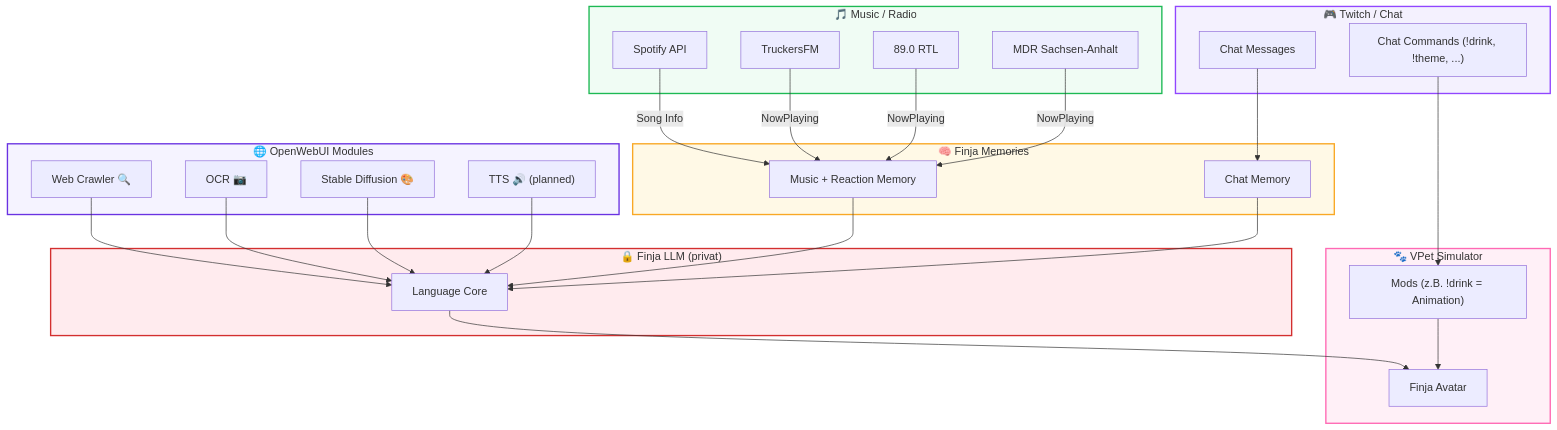
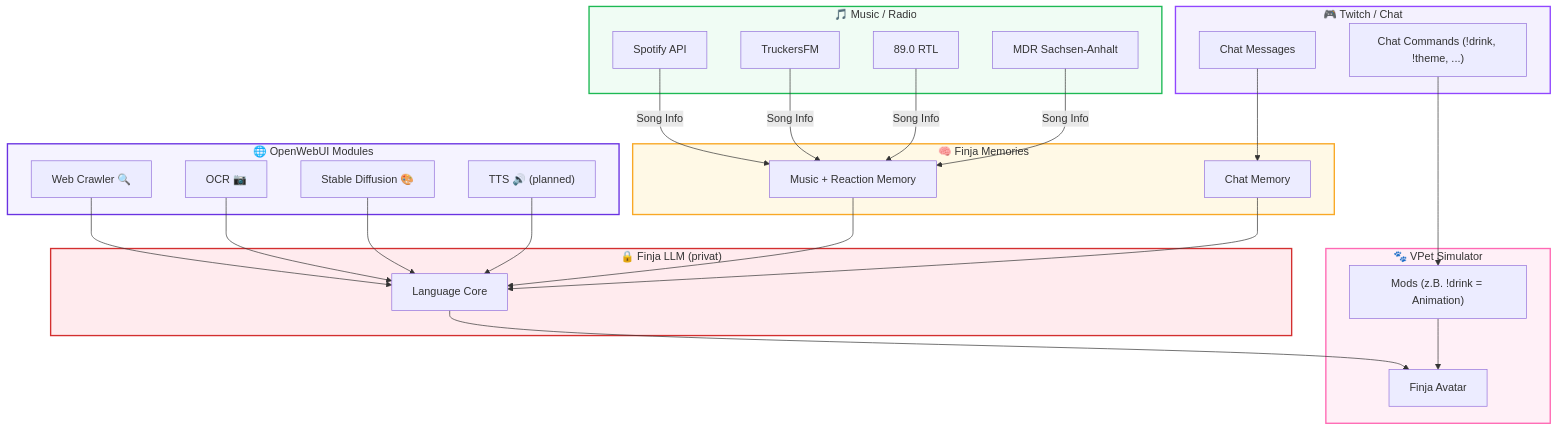
The diagram in README.md (JohnV2002/Finja-AI-Ecosystem), drawn with Mermaid before and after one commit. The commit also changed other lines of this file and 127 other files, not shown here.

````diff
--- a/README.md
+++ b/README.md
@@ -89,74 +114,42 @@
 ```mermaid
 flowchart TD
-
-    %% --- Twitch / Chat ---
     subgraph Twitch["🎮 Twitch / Chat"]
         A1["Chat Messages"]
         A2["Chat Commands (!drink, !theme, ...)"]
     end
-
-    %% --- Music / Radio ---
     subgraph Music["🎵 Music / Radio"]
         B1["Spotify API"]
         B2["TruckersFM"]
         B3["89.0 RTL"]
         B4["MDR Sachsen-Anhalt"]
     end
-
-    %% --- Memories ---
     subgraph Memories["🧠 Finja Memories"]
         C1["Chat Memory"]
         C2["Music + Reaction Memory"]
     end
-
-    %% --- OpenWebUI Modules ---
     subgraph OpenWebUI["🌐 OpenWebUI Modules"]
         D1["Web Crawler 🔍"]
         D2["OCR 📷"]
         D3["Stable Diffusion 🎨"]
         D4["TTS 🔊 (planned)"]
     end
-
-    %% --- VPet ---
     subgraph VPet["🐾 VPet Simulator"]
         E1["Finja Avatar"]
         E2["Mods (z.B. !drink = Animation)"]
     end
-
-    %% --- LLM Core ---
     subgraph LLM["🔒 Finja LLM (privat)"]
         F1["Language Core"]
     end
 
-    %% === Connections ===
+    A1 --> C1; A2 --> E2
+    B1 & B2 & B3 & B4 -->|Song Info| C2
+    C1 & C2 & D1 & D2 & D3 & D4 --> F1
+    F1 --> E1; E2 --> E1
 
-    %% Chat → Chat Memory
-    A1 --> C1
-    A2 --> E2
-
-    %% Music → Music Memory
-    B1 -->|Song Info| C2
-    B2 -->|NowPlaying| C2
-    B3 -->|NowPlaying| C2
-    B4 -->|NowPlaying| C2
-
-    %% Memories + OpenWebUI → LLM
-    C1 --> F1
-    C2 --> F1
-    D1 --> F1
-    D2 --> F1
-    D3 --> F1
-    D4 --> F1
-
-    %% LLM → VPet
-    F1 --> E1
-    E2 --> E1
-
-    %% === Styling ===
     style Twitch fill:#f4f1fe,stroke:#9146FF,stroke-width:2px
     style Music fill:#f0fcf4,stroke:#1DB954,stroke-width:2px
     style Memories fill:#fff9e6,stroke:#f9a825,stroke-width:2px
     style OpenWebUI fill:#f5f3ff,stroke:#6a32e2,stroke-width:2px
     style VPet fill:#fff0f7,stroke:#ff69b4,stroke-width:2px
     style LLM fill:#ffebee,stroke:#d32f2f,stroke-width:2px
 ```
````
